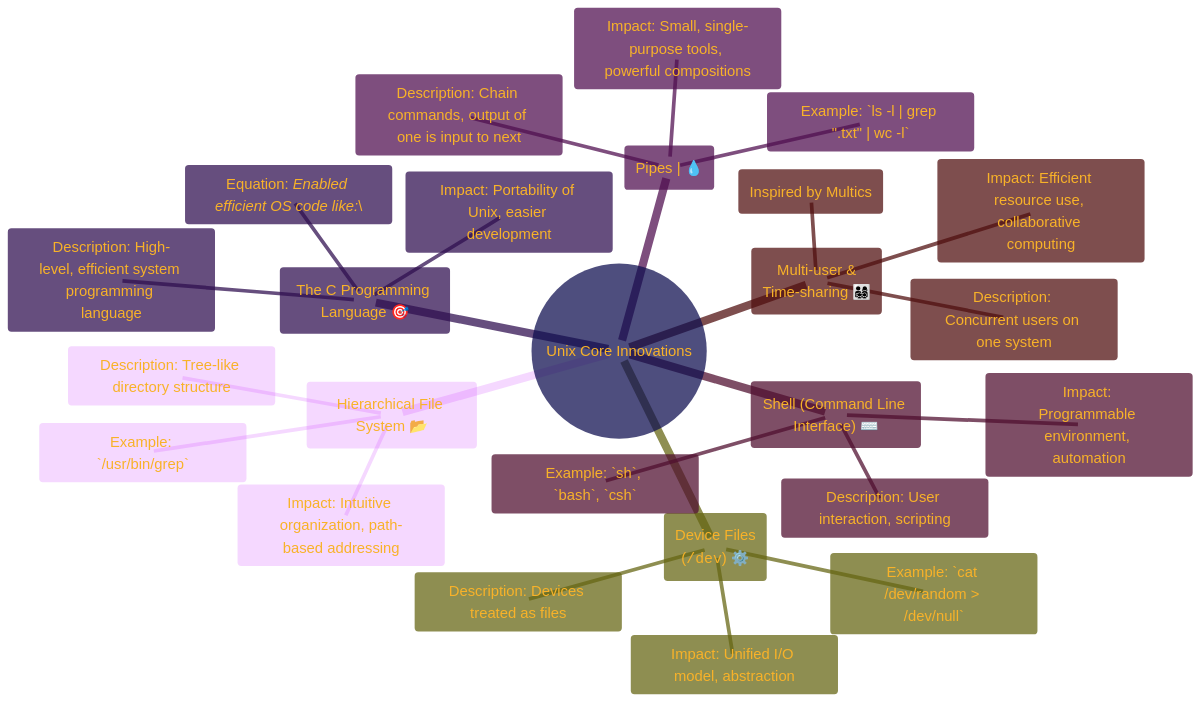
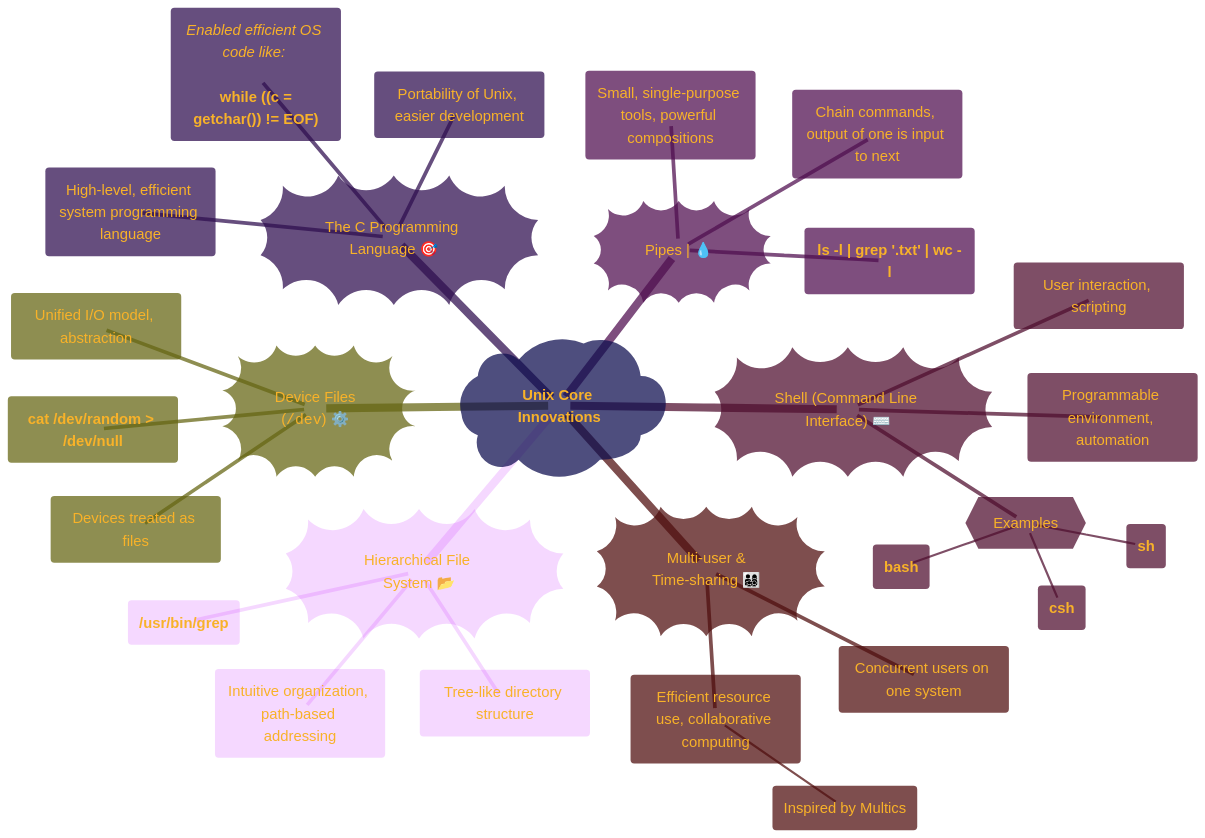
Before and after one commit to CongLeSolutionX/Digital-Bedrock-Landscape: the third of 7 diagrams in THE_PAST/PART-4_Consolidated_info.md, drawn with Mermaid.

Commit message:
update notes

````diff
--- a/THE_PAST/PART-4_Consolidated_info.md
+++ b/THE_PAST/PART-4_Consolidated_info.md
@@ -207,63 +207,65 @@
 ```mermaid
 ---
 title: "Overall Structure of the License Agreement"
 author: "Cong Le"
 version: "1.0"
 license(s): "MIT, CC BY 4.0"
 copyright: "Copyright (c) 2025 Cong Le. All Rights Reserved."
 config:
   theme: base
 ---
 %%%%%%%% Mermaid version v11.4.1-b.14
 %%{
   init: {
     'fontFamily': 'Andale Mono, monospace',
     'mindmap': {
 	    'nodeAlign': 'center',
 	    'padding': 20
     },
     'themeVariables': {
       'primaryColor': '#22BB',
       'primaryTextColor': '#F8B229',
       'primaryBorderColor': '#27AE60',
       'secondaryColor': '#EBF3',
       'secondaryTextColor': '#6C3483',
       'secondaryBorderColor': '#A569BD',
       'fontSize': '20px'
     }
   }
 }%%
 mindmap
-  root((Unix Core Innovations))
-    (Hierarchical File System 📂)
+  root)"**Unix Core Innovations**"(
+    Hierarchical_File_System))"Hierarchical File System 📂"((
       ::icon(fa fa-folder-tree)
-      Description: Tree-like directory structure
-      Impact: Intuitive organization, path-based addressing
-      Example: `/usr/bin/grep`
-    ("Device Files<br/>(<code>/dev</code>) ⚙️")
+      Description("Tree-like directory structure")
+      Impact("Intuitive organization, path-based addressing")
+      Example("**/usr/bin/grep**")
+    Device_Files))"Device Files<br/>(<code>/dev</code>) ⚙️"((
       ::icon(fa fa-cog)
-      Description: Devices treated as files
-      Impact: Unified I/O model, abstraction
-      Example: `cat /dev/random > /dev/null`
-    ("The C Programming Language 🎯")
+      Description("Devices treated as files")
+      Impact("Unified I/O model, abstraction")
+      Example("**cat /dev/random > /dev/null**")
+    The_C_Programming_Language))"The C Programming Language 🎯"((
       ::icon(fa fa-bullseye)
-      Description: High-level, efficient system programming language
-      Impact: Portability of Unix, easier development
-      Equation: *Enabled efficient OS code like:*\
-      %% `while ((c = getchar()) != EOF)`
-    ("Pipes <char>|</char> 💧")
+      Description("High-level, efficient system programming language")
+      Impact("Portability of Unix, easier development")
+      Equation("*Enabled efficient OS code like:* <br/> <br/> **while ((c = getchar()) != EOF)**")
+    Pipes))"Pipes <char>|</char> 💧"((
       ::icon(fa fa-water)
-      Description: Chain commands, output of one is input to next
-      Impact: Small, single-purpose tools, powerful compositions
-      Example: `ls -l | grep ".txt" | wc -l`
-    ("Shell (Command Line Interface) ⌨️")
+      Description("Chain commands, output of one is input to next")
+      Impact("Small, single-purpose tools, powerful compositions")
+      Example("**ls -l | grep '.txt' | wc -l**")
+    Shell))"Shell (Command Line Interface) ⌨️"((
       ::icon(fa fa-keyboard)
-      Description: User interaction, scripting
-      Impact: Programmable environment, automation
-      Example: `sh`, `bash`, `csh`
-    ("Multi-user &<br/> Time-sharing 👨‍👩‍👧‍👦")
+      Description("User interaction, scripting")
+      Impact("Programmable environment, automation")
+      Example{{"Examples"}}
+        ("**sh**")
+        ("**csh**")
+        ("**bash**")
+    Multi_user_Time_sharing))"Multi-user &<br/> Time-sharing 👨‍👩‍👧‍👦"((
       ::icon(fa fa-users)
-      Description: Concurrent users on one system
-      Impact: Efficient resource use, collaborative computing
-      (Inspired by Multics)
+      Description("Concurrent users on one system")
+      Impact("Efficient resource use, collaborative computing")
+        ("Inspired by Multics")
 ```
````
